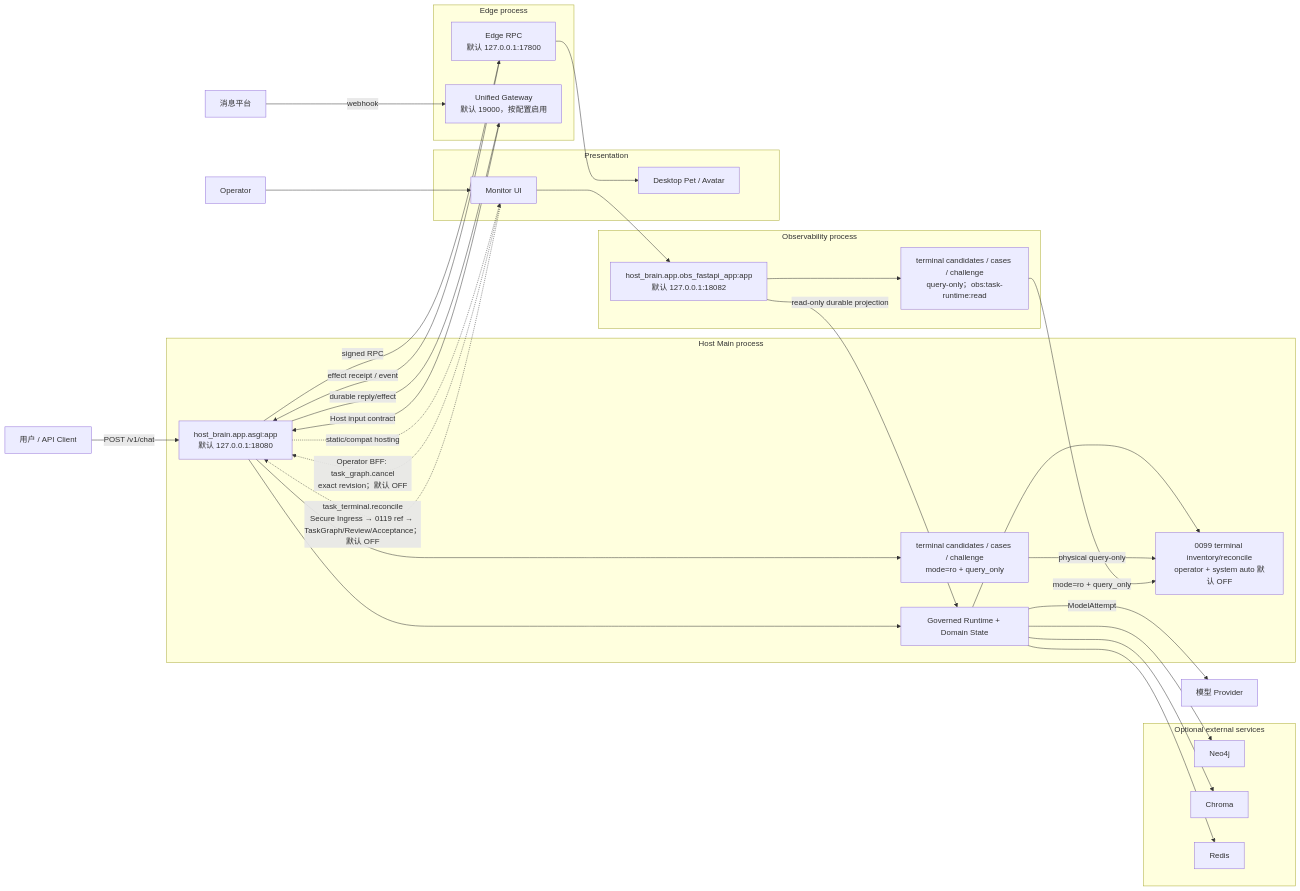
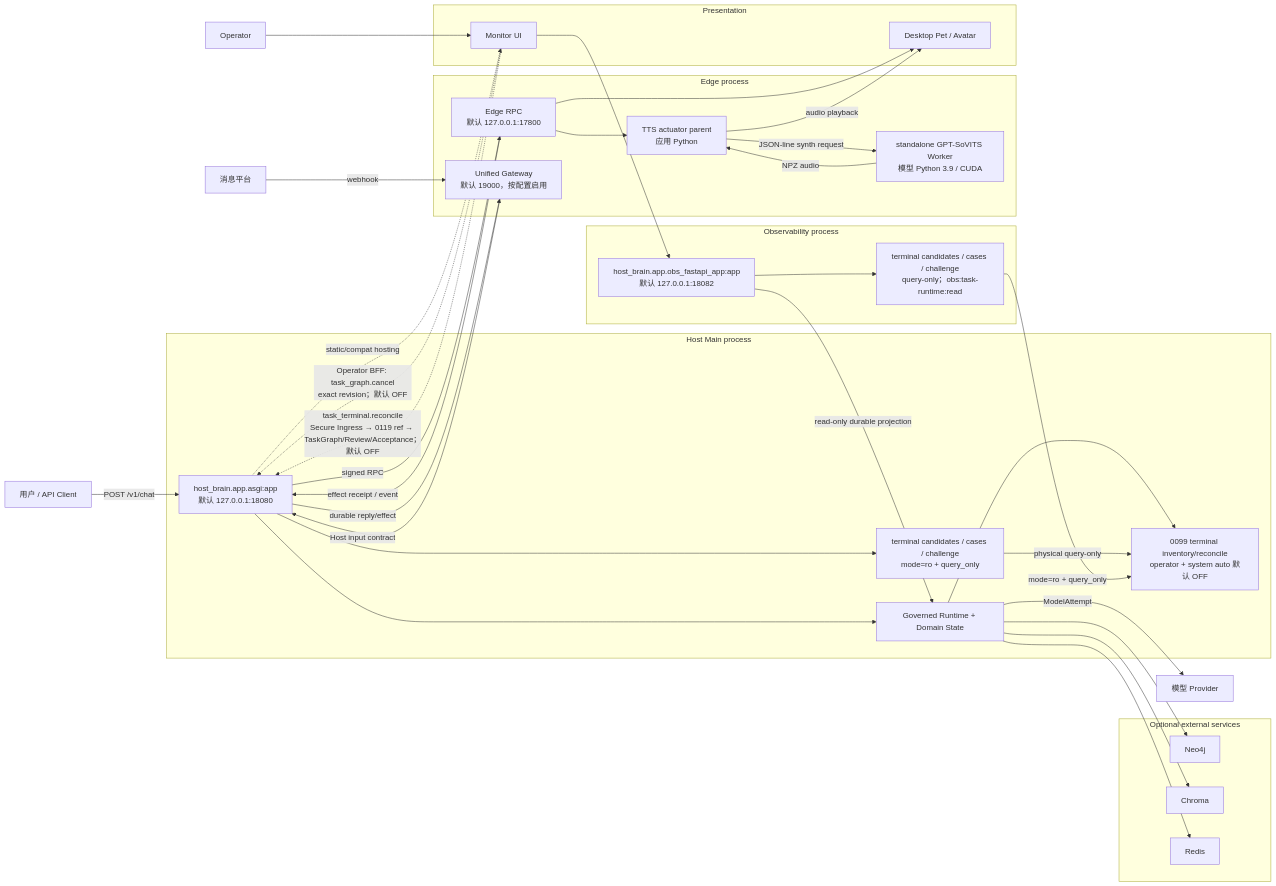
Before and after one commit to SakuraYoruno/Natsume_Ai: the diagram in docs/50_project/arch/diagrams/01_runtime_topology.md, drawn with Mermaid. The commit also changed other lines of this file and 326 other files, not shown here.

First line of the commit message:
功能：收敛七海情感生命主链并选择 GPT-SoVITS V4 (#194)

````diff
--- a/docs/50_project/arch/diagrams/01_runtime_topology.md
+++ b/docs/50_project/arch/diagrams/01_runtime_topology.md
@@ -11,57 +11,63 @@
 ```mermaid
 flowchart LR
     USER["用户 / API Client"]
     OP["Operator"]
     PLATFORM["消息平台"]
     MODEL["模型 Provider"]
 
     subgraph HostProc["Host Main process"]
         HOST["host_brain.app.asgi:app\n默认 127.0.0.1:18080"]
         DOMAIN["Governed Runtime + Domain State"]
         TERMINAL["0099 terminal inventory/reconcile\noperator + system auto 默认 OFF"]
         HOSTTERMQUERY["terminal candidates / cases / challenge\nmode=ro + query_only"]
         HOST --> DOMAIN --> TERMINAL
         HOST --> HOSTTERMQUERY
     end
 
     subgraph ObsProc["Observability process"]
         OBS["host_brain.app.obs_fastapi_app:app\n默认 127.0.0.1:18082"]
         TERMQUERY["terminal candidates / cases / challenge\nquery-only；obs:task-runtime:read"]
         OBS --> TERMQUERY
     end
 
     subgraph EdgeProc["Edge process"]
         EDGE["Edge RPC\n默认 127.0.0.1:17800"]
         GW["Unified Gateway\n默认 19000，按配置启用"]
+        TTSPARENT["TTS actuator parent\n应用 Python"]
+        TTSWORKER["standalone GPT-SoVITS Worker\n模型 Python 3.9 / CUDA"]
+        EDGE --> TTSPARENT
+        TTSPARENT -->|"JSON-line synth request"| TTSWORKER
+        TTSWORKER -->|"NPZ audio"| TTSPARENT
     end
 
     subgraph Presentation["Presentation"]
         MON["Monitor UI"]
         PET["Desktop Pet / Avatar"]
     end
 
     subgraph OptionalInfra["Optional external services"]
         NEO["Neo4j"]
         CHR["Chroma"]
         REDIS["Redis"]
     end
 
     USER -->|"POST /v1/chat"| HOST
     PLATFORM -->|"webhook"| GW
     GW -->|"Host input contract"| HOST
     HOST -->|"durable reply/effect"| GW
     HOST -->|"signed RPC"| EDGE
     EDGE -->|"effect receipt / event"| HOST
     DOMAIN -->|"ModelAttempt"| MODEL
     DOMAIN --> NEO
     DOMAIN --> CHR
     DOMAIN --> REDIS
     OBS -->|"read-only durable projection"| DOMAIN
     HOSTTERMQUERY -->|"physical query-only"| TERMINAL
     TERMQUERY -->|"mode=ro + query_only"| TERMINAL
     OP --> MON --> OBS
     MON -.->|"Operator BFF: task_graph.cancel\nexact revision；默认 OFF"| HOST
     MON -.->|"task_terminal.reconcile\nSecure Ingress → 0119 ref → TaskGraph/Review/Acceptance；默认 OFF"| HOST
     EDGE --> PET
+    TTSPARENT -->|"audio playback"| PET
     HOST -."static/compat hosting".-> MON
 ```
````
